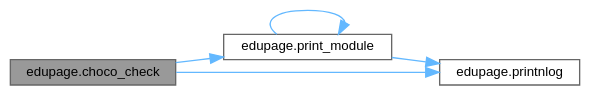
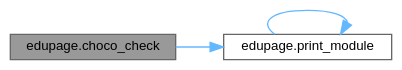
One commit to GrenManSK/ZnamE changed the diagram in d0/d52/namespaceedupage_a5af10b36312bbda15f46734e936f3cad_cgraph.dot. Above: the diagram before and after it, drawn with Graphviz. The commit also changed 273 other files, not shown here.

```diff
--- a/d0/d52/namespaceedupage_a5af10b36312bbda15f46734e936f3cad_cgraph.dot
+++ b/d0/d52/namespaceedupage_a5af10b36312bbda15f46734e936f3cad_cgraph.dot
@@ -1,15 +1,12 @@
 digraph "edupage.choco_check"
 {
  // LATEX_PDF_SIZE
   bgcolor="transparent";
   edge [fontname=Helvetica,fontsize=10,labelfontname=Helvetica,labelfontsize=10];
   node [fontname=Helvetica,fontsize=10,shape=box,height=0.2,width=0.4];
   rankdir="LR";
   Node1 [label="edupage.choco_check",height=0.2,width=0.4,color="gray40", fillcolor="grey60", style="filled", fontcolor="black",tooltip=" "];
   Node1 -> Node2 [color="steelblue1",style="solid"];
   Node2 [label="edupage.print_module",height=0.2,width=0.4,color="grey40", fillcolor="white", style="filled",URL="$d0/d52/namespaceedupage.html#a87e4619e345ef843fdc09d1a602c3ce3",tooltip=" "];
   Node2 -> Node2 [color="steelblue1",style="solid"];
-  Node2 -> Node3 [color="steelblue1",style="solid"];
-  Node3 [label="edupage.printnlog",height=0.2,width=0.4,color="grey40", fillcolor="white", style="filled",URL="$d0/d52/namespaceedupage.html#a2adafa3eaf38d32da372310443e999f3",tooltip=" "];
-  Node1 -> Node3 [color="steelblue1",style="solid"];
 }
```
